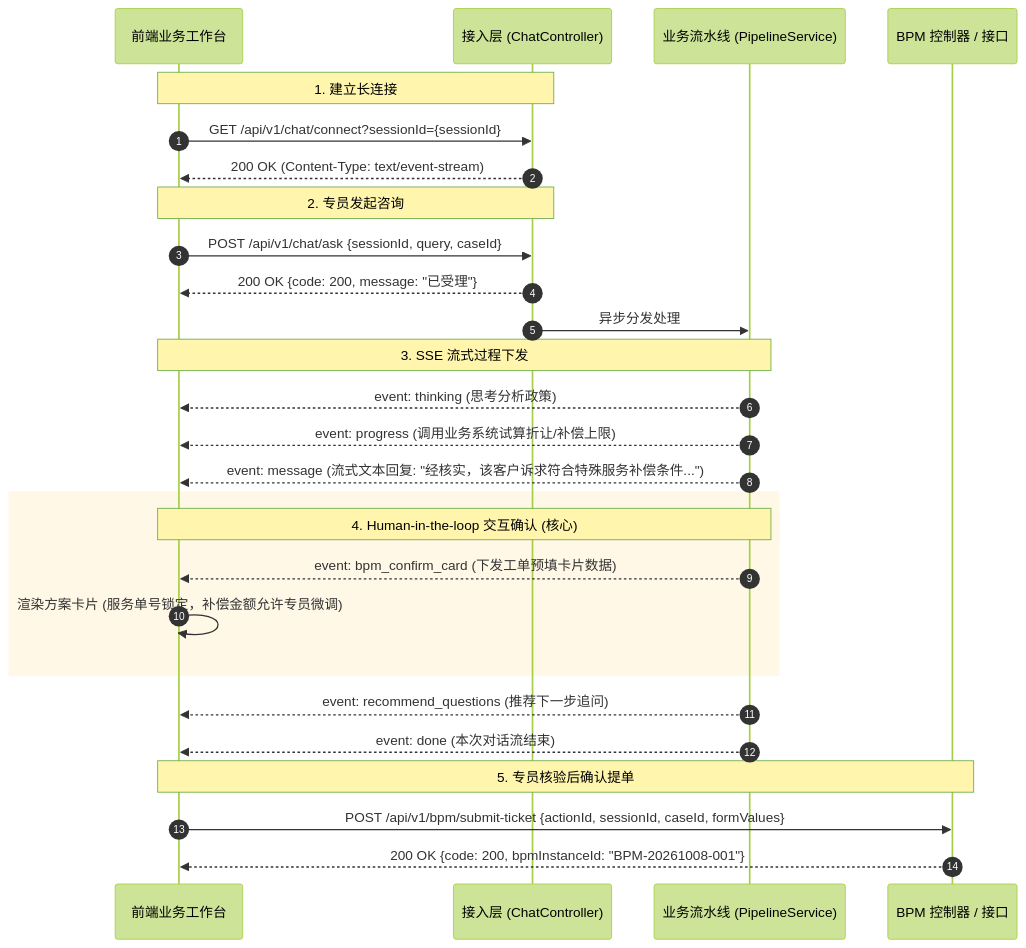
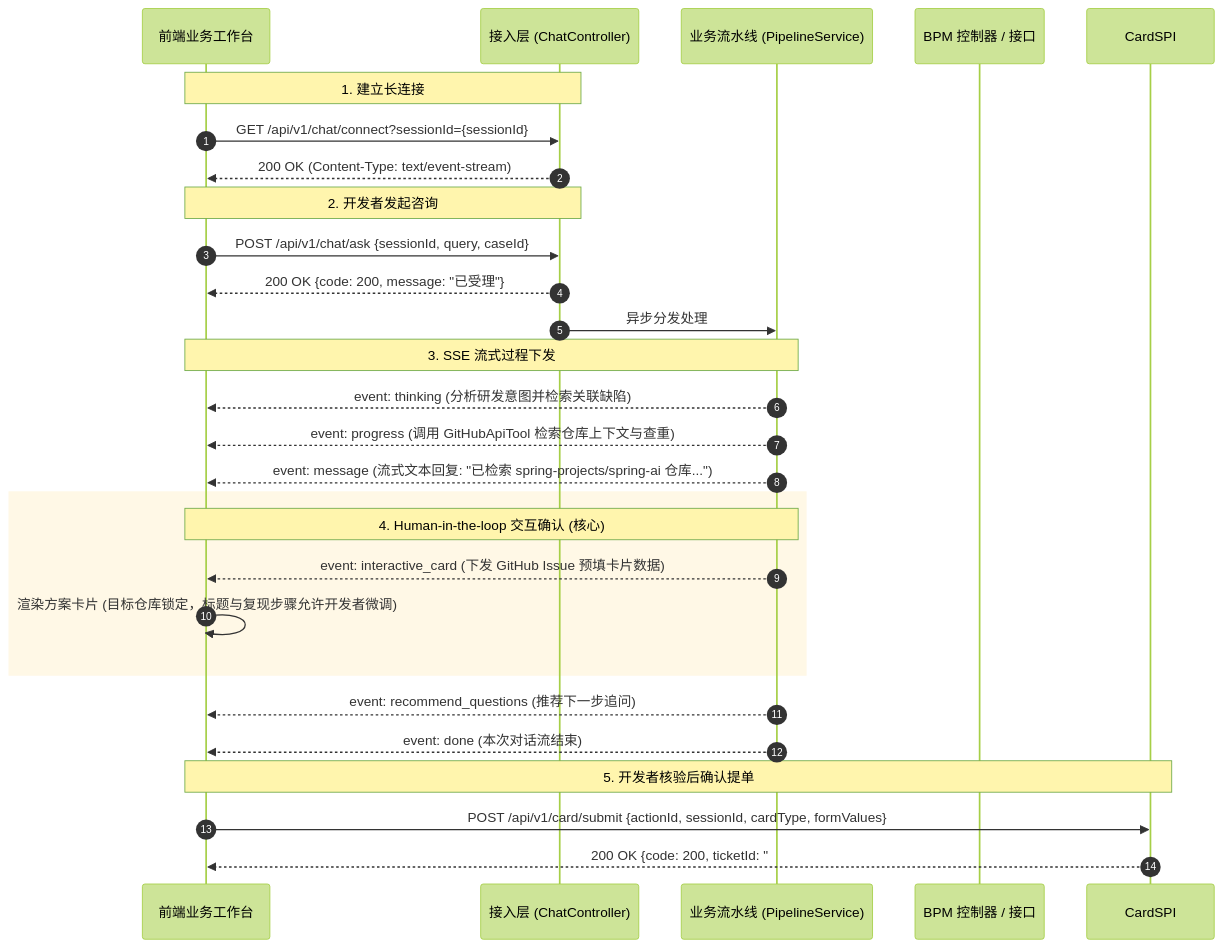
One commit to 1264585648/spring-ai-agentflow changed the diagram in docs/03-前后端接口与SSE协议契约.md. Above: the diagram before and after it, drawn with Mermaid (forest theme). The commit also changed other lines of this file and 62 other files, not shown here.

Commit message:
feat: 落地多智能体注册中心(Agent Hub)、GitHub Issue协同闭环与开发者工作台换装

````diff
--- a/docs/03-前后端接口与SSE协议契约.md
+++ b/docs/03-前后端接口与SSE协议契约.md
@@ -13,35 +13,35 @@
 ```mermaid
 sequenceDiagram
     autonumber
     participant UI as 前端业务工作台
     participant Controller as 接入层 (ChatController)
     participant Pipeline as 业务流水线 (PipelineService)
     participant BPM as BPM 控制器 / 接口
 
     Note over UI, Controller: 1. 建立长连接
     UI->>Controller: GET /api/v1/chat/connect?sessionId={sessionId}
     Controller-->>UI: 200 OK (Content-Type: text/event-stream)
 
-    Note over UI, Controller: 2. 专员发起咨询
+    Note over UI, Controller: 2. 开发者发起咨询
     UI->>Controller: POST /api/v1/chat/ask {sessionId, query, caseId}
     Controller-->>UI: 200 OK {code: 200, message: "已受理"}
     Controller->>Pipeline: 异步分发处理
 
     Note over Pipeline, UI: 3. SSE 流式过程下发
-    Pipeline-->>UI: event: thinking (思考分析政策)
-    Pipeline-->>UI: event: progress (调用业务系统试算折让/补偿上限)
-    Pipeline-->>UI: event: message (流式文本回复: "经核实，该客户诉求符合特殊服务补偿条件...")
+    Pipeline-->>UI: event: thinking (分析研发意图并检索关联缺陷)
+    Pipeline-->>UI: event: progress (调用 GitHubApiTool 检索仓库上下文与查重)
+    Pipeline-->>UI: event: message (流式文本回复: "已检索 spring-projects/spring-ai 仓库...")
     
     rect rgb(255, 248, 230)
     Note over Pipeline, UI: 4. Human-in-the-loop 交互确认 (核心)
-    Pipeline-->>UI: event: bpm_confirm_card (下发工单预填卡片数据)
-    UI->>UI: 渲染方案卡片 (服务单号锁定，补偿金额允许专员微调)
+    Pipeline-->>UI: event: interactive_card (下发 GitHub Issue 预填卡片数据)
+    UI->>UI: 渲染方案卡片 (目标仓库锁定，标题与复现步骤允许开发者微调)
     end
 
     Pipeline-->>UI: event: recommend_questions (推荐下一步追问)
     Pipeline-->>UI: event: done (本次对话流结束)
 
-    Note over UI, BPM: 5. 专员核验后确认提单
-    UI->>BPM: POST /api/v1/bpm/submit-ticket {actionId, sessionId, caseId, formValues}
-    BPM-->>UI: 200 OK {code: 200, bpmInstanceId: "BPM-20261008-001"}
+    Note over UI, CardSPI: 5. 开发者核验后确认提单
+    UI->>CardSPI: POST /api/v1/card/submit {actionId, sessionId, cardType, formValues}
+    CardSPI-->>UI: 200 OK {code: 200, ticketId: "#1035", message: "Issue 已成功创建"}
 ```
````
